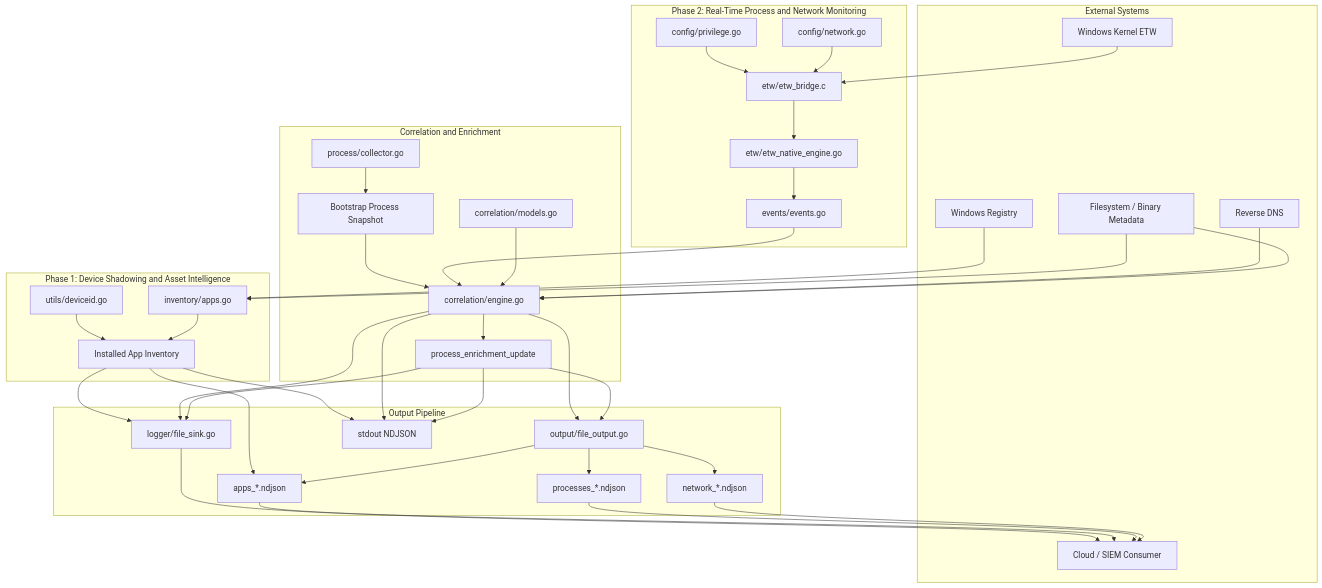
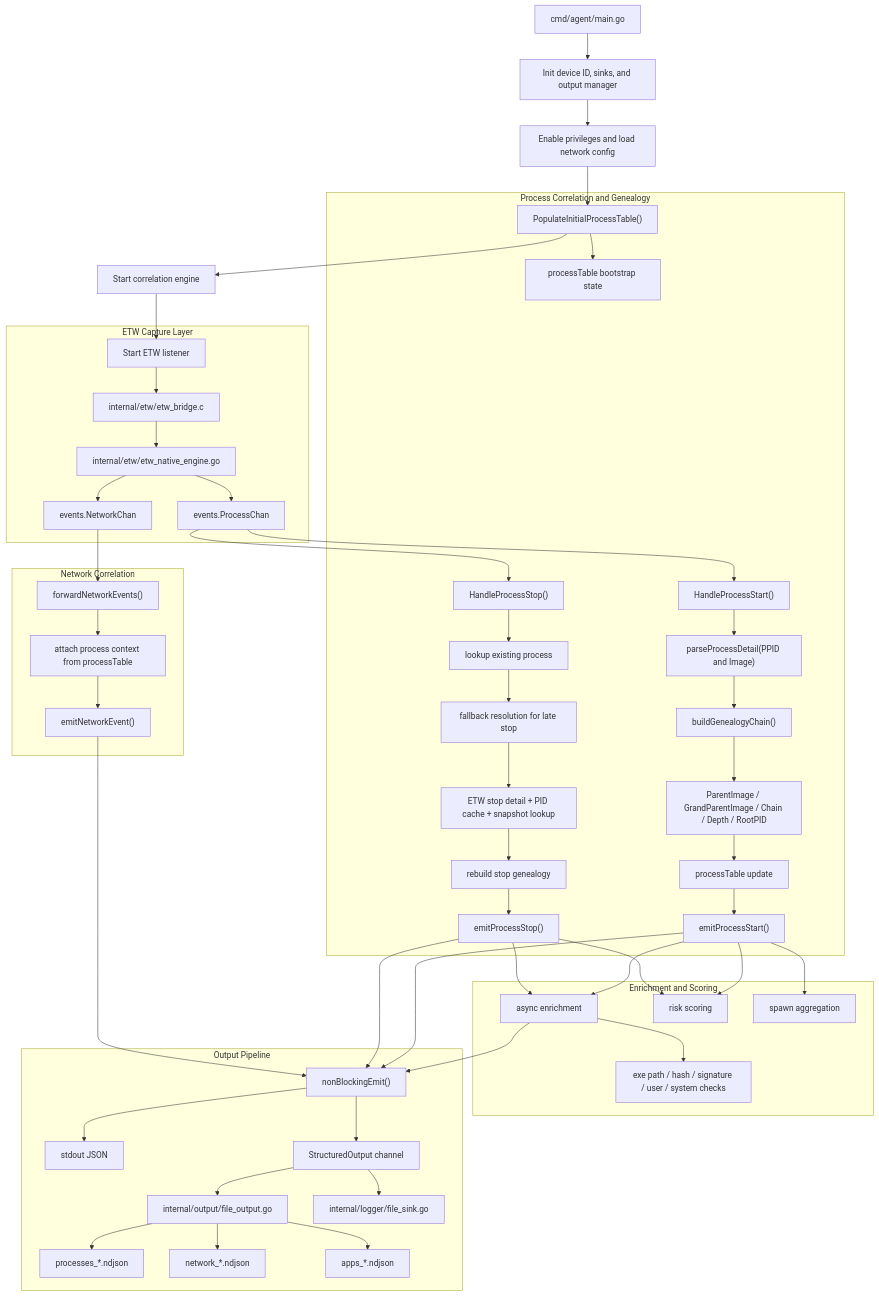
The diagram in architecture.mmd (sanjayverma139/Exionis-swg), drawn with Mermaid before and after one commit. The commit also changed 35 other files, not shown here.

```diff
--- a/architecture.mmd
+++ b/architecture.mmd
@@ -1,77 +1,62 @@
 flowchart TD
-    subgraph External["External Systems"]
-        WIN["Windows Kernel ETW"]
-        REG["Windows Registry"]
-        FS["Filesystem / Binary Metadata"]
-        DNS["Reverse DNS"]
-        CLOUD["Cloud / SIEM Consumer"]
+    A["cmd/agent/main.go"] --> B["Init device ID, sinks, and output manager"]
+    B --> C["Enable privileges and load network config"]
+    C --> D["PopulateInitialProcessTable()"]
+    D --> E["Start correlation engine"]
+    E --> F["Start ETW listener"]
+
+    subgraph ETW["ETW Capture Layer"]
+        F --> G["internal/etw/etw_bridge.c"]
+        G --> H["internal/etw/etw_native_engine.go"]
+        H --> I["events.ProcessChan"]
+        H --> J["events.NetworkChan"]
     end
 
-    subgraph Phase1["Phase 1: Device Shadowing and Asset Intelligence"]
-        DID["utils/deviceid.go"]
-        INV["inventory/apps.go"]
-        APPS["Installed App Inventory"]
+    subgraph PROC["Process Correlation and Genealogy"]
+        D --> K["processTable bootstrap state"]
+        I --> L["HandleProcessStart()"]
+        I --> M["HandleProcessStop()"]
+
+        L --> N["parseProcessDetail(PPID and Image)"]
+        N --> O["buildGenealogyChain()"]
+        O --> P["ParentImage / GrandParentImage / Chain / Depth / RootPID"]
+        P --> Q["processTable update"]
+        Q --> R["emitProcessStart()"]
+
+        M --> S["lookup existing process"]
+        S --> T["fallback resolution for late stop"]
+        T --> U["ETW stop detail + PID cache + snapshot lookup"]
+        U --> V["rebuild stop genealogy"]
+        V --> W["emitProcessStop()"]
     end
 
-    subgraph Phase2["Phase 2: Real-Time Process and Network Monitoring"]
-        PRIV["config/privilege.go"]
-        NETCFG["config/network.go"]
-        CBRIDGE["etw/etw_bridge.c"]
-        GOWRAP["etw/etw_native_engine.go"]
-        EVENTS["events/events.go"]
+    subgraph NET["Network Correlation"]
+        J --> X["forwardNetworkEvents()"]
+        X --> Y["attach process context from processTable"]
+        Y --> Z["emitNetworkEvent()"]
     end
 
-    subgraph Correlation["Correlation and Enrichment"]
-        SNAP["Bootstrap Process Snapshot"]
-        ENGINE["correlation/engine.go"]
-        MODELS["correlation/models.go"]
-        PROC["process/collector.go"]
-        ENRICH["process_enrichment_update"]
+    subgraph ENRICH["Enrichment and Scoring"]
+        R --> AA["async enrichment"]
+        W --> AA
+        AA --> AB["exe path / hash / signature / user / system checks"]
+        R --> AC["risk scoring"]
+        W --> AC
+        R --> AD["spawn aggregation"]
     end
 
-    subgraph Output["Output Pipeline"]
-        MIXED["logger/file_sink.go"]
-        OUTF["output/file_output.go"]
-        APPOUT["apps_*.ndjson"]
-        PROCOUT["processes_*.ndjson"]
-        NETOUT["network_*.ndjson"]
-        STDOUT["stdout NDJSON"]
+    subgraph OUT["Output Pipeline"]
+        R --> AE["nonBlockingEmit()"]
+        W --> AE
+        Z --> AE
+        AA --> AE
+
+        AE --> AF["stdout JSON"]
+        AE --> AG["StructuredOutput channel"]
+        AG --> AH["internal/output/file_output.go"]
+        AG --> AI["internal/logger/file_sink.go"]
+
+        AH --> AJ["processes_*.ndjson"]
+        AH --> AK["network_*.ndjson"]
+        AH --> AL["apps_*.ndjson"]
     end
-
-    REG --> INV
-    FS --> INV
-    DID --> APPS
-    INV --> APPS
-    APPS --> APPOUT
-    APPS --> MIXED
-    APPS --> STDOUT
-
-    PRIV --> CBRIDGE
-    NETCFG --> CBRIDGE
-    WIN --> CBRIDGE
-    CBRIDGE --> GOWRAP
-    GOWRAP --> EVENTS
-
-    PROC --> SNAP
-    SNAP --> ENGINE
-    EVENTS --> ENGINE
-    DNS --> ENGINE
-    FS --> ENGINE
-    MODELS --> ENGINE
-    ENGINE --> ENRICH
-
-    ENGINE --> MIXED
-    ENGINE --> OUTF
-    ENGINE --> STDOUT
-    ENRICH --> MIXED
-    ENRICH --> OUTF
-    ENRICH --> STDOUT
-
-    OUTF --> APPOUT
-    OUTF --> PROCOUT
-    OUTF --> NETOUT
-
-    MIXED --> CLOUD
-    APPOUT --> CLOUD
-    PROCOUT --> CLOUD
-    NETOUT --> CLOUD
```
